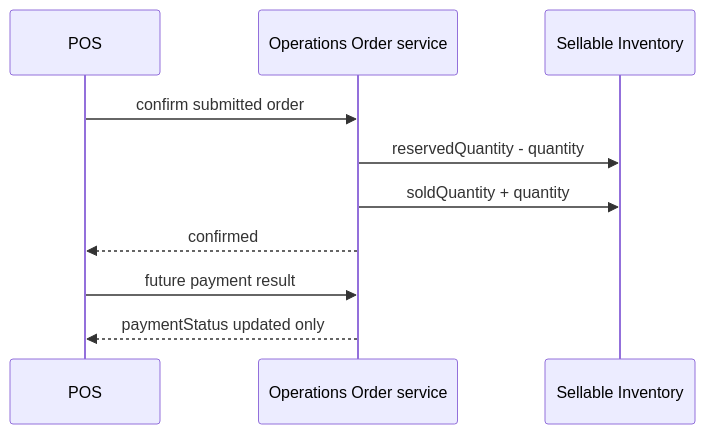
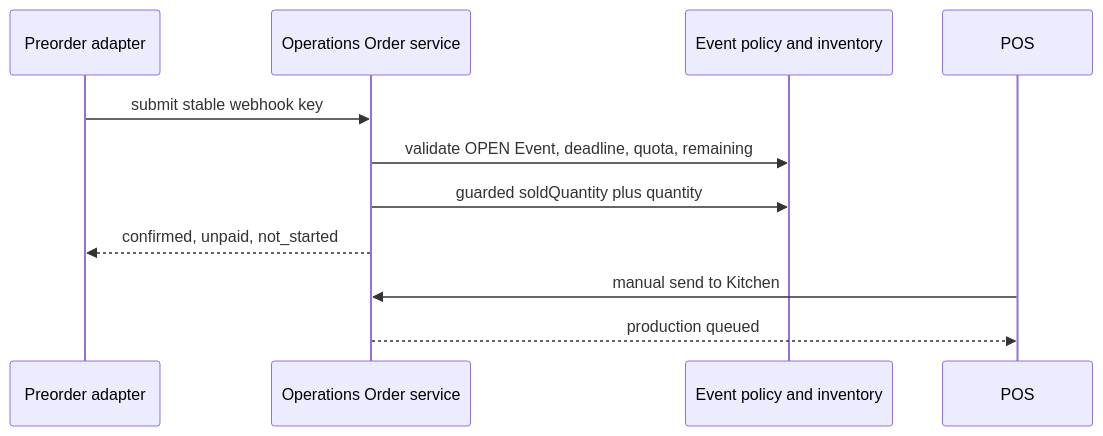
Before and after one commit to lighthousefood0508-wq/island-operations-assistant: the third of 4 diagrams in docs/order/ORDER_SEQUENCE_DIAGRAMS.md, drawn with Mermaid. The commit also changed other lines of this file and 20 other files, not shown here.

````diff
--- a/docs/order/ORDER_SEQUENCE_DIAGRAMS.md
+++ b/docs/order/ORDER_SEQUENCE_DIAGRAMS.md
@@ -44,12 +38,13 @@
 ```mermaid
 sequenceDiagram
+  participant Adapter as Preorder adapter
+  participant Order as Operations Order service
+  participant Event as Event policy and inventory
+  Adapter->>Order: submit stable webhook key
+  Order->>Event: validate OPEN Event, deadline, quota, remaining
+  Order->>Event: guarded soldQuantity plus quantity
+  Order-->>Adapter: confirmed, unpaid, not_started
   participant POS
-  participant Order as Operations Order service
-  participant Event as Sellable Inventory
-  POS->>Order: confirm submitted order
-  Order->>Event: reservedQuantity - quantity
-  Order->>Event: soldQuantity + quantity
-  Order-->>POS: confirmed
-  POS->>Order: future payment result
-  Order-->>POS: paymentStatus updated only
+  POS->>Order: manual send to Kitchen
+  Order-->>POS: production queued
 ```
````
